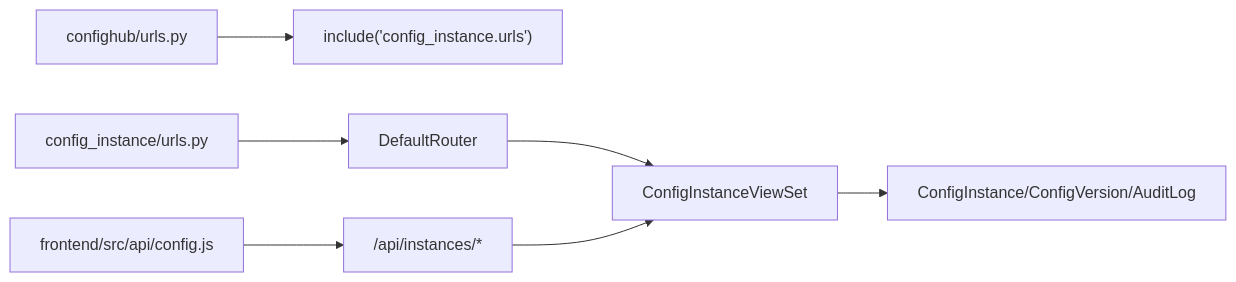
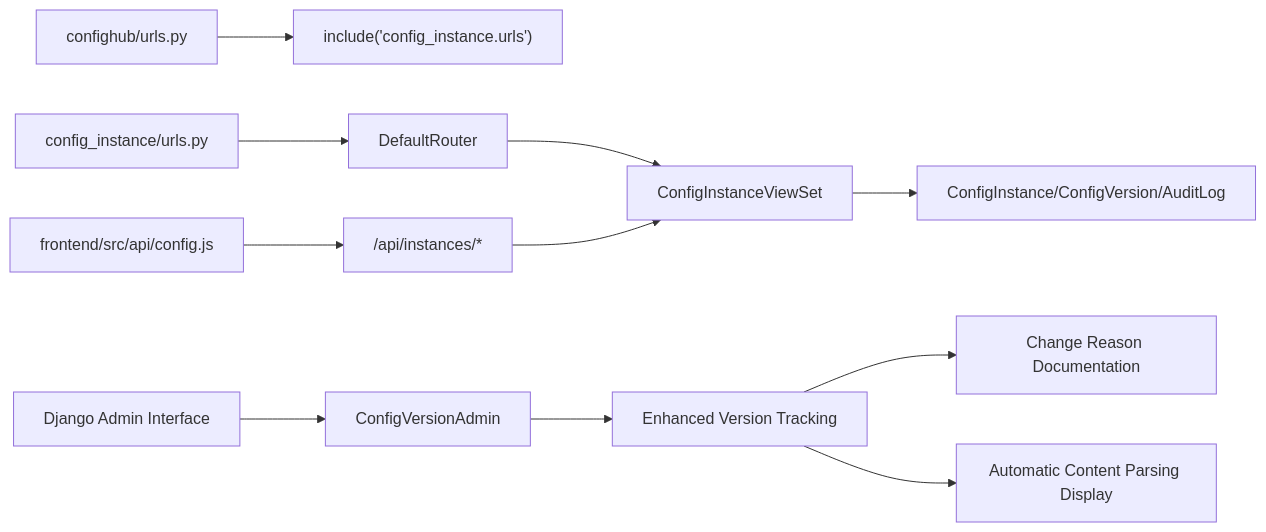
The ninth of 9 diagrams in .qoder/repowiki/en/content/Backend API Documentation/Version Control API.md (fengyong/ai-ops), drawn with Mermaid before and after one commit. The commit also changed other lines of this file and 7 other files, not shown here.

````diff
--- a/.qoder/repowiki/en/content/Backend API Documentation/Version Control API.md
+++ b/.qoder/repowiki/en/content/Backend API Documentation/Version Control API.md
@@ -318,9 +404,13 @@
 ```mermaid
 graph LR
 URLRoot["confighub/urls.py"] --> IncludeCI["include('config_instance.urls')"]
 CIUrls["config_instance/urls.py"] --> Router["DefaultRouter"]
 Router --> ViewSet["ConfigInstanceViewSet"]
 ViewSet --> Models["ConfigInstance/ConfigVersion/AuditLog"]
+AdminInterface["Django Admin Interface"] --> ConfigVersionAdmin["ConfigVersionAdmin"]
+ConfigVersionAdmin --> EnhancedVersionTracking["Enhanced Version Tracking"]
+EnhancedVersionTracking --> ChangeReasonDocs["Change Reason Documentation"]
+EnhancedVersionTracking --> ContentParsing["Automatic Content Parsing Display"]
 Frontend["frontend/src/api/config.js"] --> API["/api/instances/*"]
 API --> ViewSet
 ```
````
